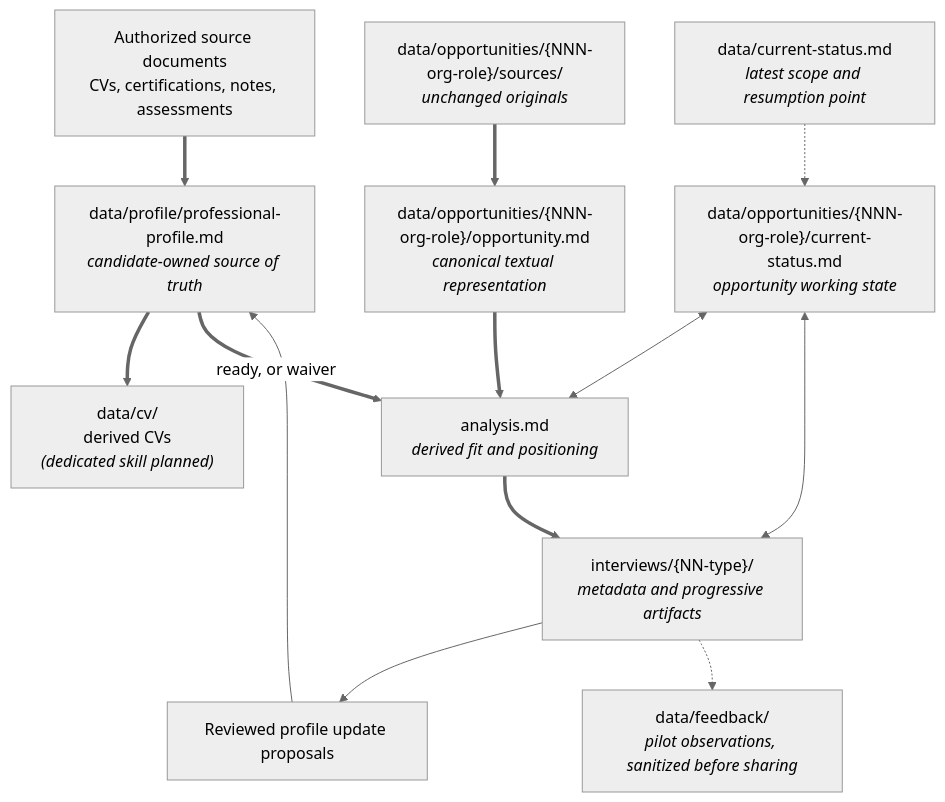
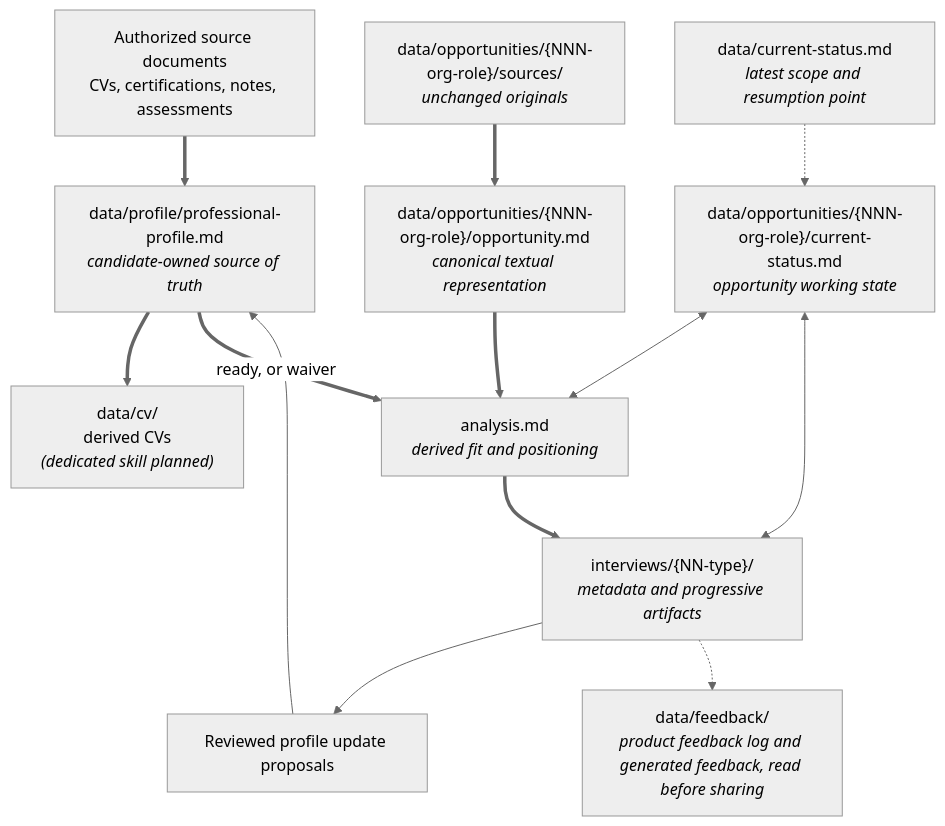
One commit to JeromeJ77/career-ai-toolkit changed the second of 2 diagrams in docs/architecture.md. Above: the diagram before and after it, drawn with Mermaid (neutral theme). The commit also changed other lines of this file and 25 other files, not shown here.

First line of the commit message:
feat(coach): add local product feedback log and generation skill

````diff
--- a/docs/architecture.md
+++ b/docs/architecture.md
@@ -140,27 +145,27 @@
 ```mermaid
 flowchart TD
     sources["Authorized source documents<br/>CVs, certifications, notes, assessments"]
     profile["data/profile/professional-profile.md<br/><i>candidate-owned source of truth</i>"]
     workspaceStatus["data/current-status.md<br/><i>latest scope and resumption point</i>"]
     cv["data/cv/<br/>derived CVs<br/><i>(dedicated skill planned)</i>"]
     opportunitySource["data/opportunities/{NNN-org-role}/opportunity.md<br/><i>canonical textual representation</i>"]
     opportunityOriginals["data/opportunities/{NNN-org-role}/sources/<br/><i>unchanged originals</i>"]
     opportunityWork["analysis.md<br/><i>derived fit and positioning</i>"]
     opportunityStatus["data/opportunities/{NNN-org-role}/current-status.md<br/><i>opportunity working state</i>"]
     interview["interviews/{NN-type}/<br/><i>metadata and progressive artifacts</i>"]
     updates["Reviewed profile update proposals"]
-    feedback["data/feedback/<br/><i>pilot observations, sanitized before sharing</i>"]
+    feedback["data/feedback/<br/><i>product feedback log and generated feedback, read before sharing</i>"]
 
     sources ==> profile
     profile ==> cv
     opportunityOriginals ==> opportunitySource
     profile ==>|ready, or waiver| opportunityWork
     opportunitySource ==> opportunityWork
     workspaceStatus -.-> opportunityStatus
     opportunityStatus <--> opportunityWork
     opportunityWork ==> interview
     opportunityStatus <--> interview
     interview --> updates
     updates --> profile
     interview -.-> feedback
 ```
````
